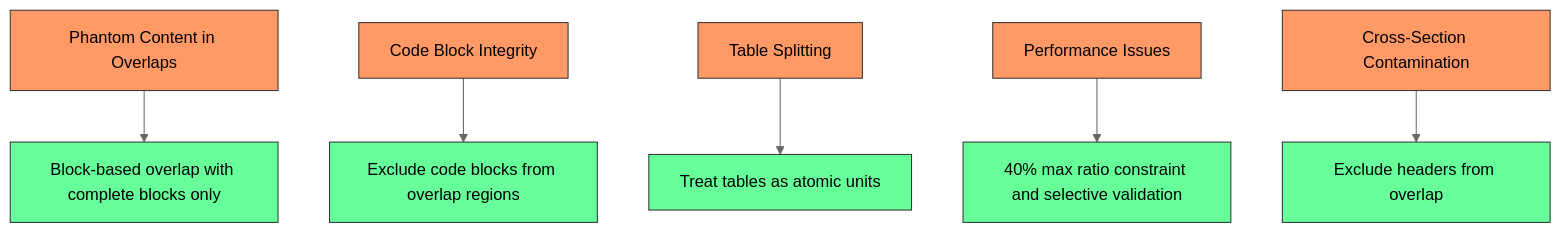
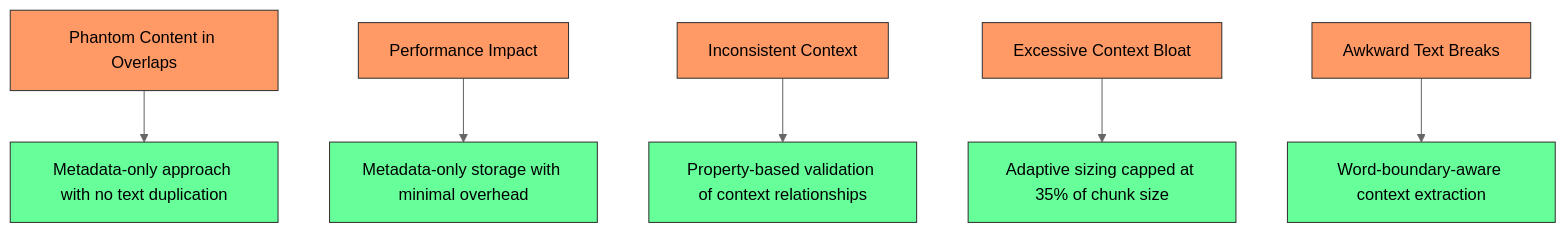
One commit to asukhodko/dify-markdown-chunker changed the fifth of 5 diagrams in .qoder/repowiki/en/content/Advanced Features/Overlap Management.md. Above: the diagram before and after it, drawn with Mermaid (neutral theme). The commit also changed other lines of this file and 5 other files, not shown here.

First line of the commit message:
feat(overlap): implement metadata-only adaptive overlap model

````diff
--- a/.qoder/repowiki/en/content/Advanced Features/Overlap Management.md
+++ b/.qoder/repowiki/en/content/Advanced Features/Overlap Management.md
@@ -265,18 +215,18 @@
 ```mermaid
 flowchart TD
-Issue1["Phantom Content in Overlaps"] --> Solution1["Block-based overlap with complete blocks only"]
-Issue2["Code Block Integrity"] --> Solution2["Exclude code blocks from overlap regions"]
-Issue3["Table Splitting"] --> Solution3["Treat tables as atomic units"]
-Issue4["Performance Issues"] --> Solution4["40% max ratio constraint and selective validation"]
-Issue5["Cross-Section Contamination"] --> Solution5["Exclude headers from overlap"]
+Issue1["Phantom Content in Overlaps"] --> Solution1["Metadata-only approach with no text duplication"]
+Issue2["Performance Impact"] --> Solution2["Metadata-only storage with minimal overhead"]
+Issue3["Inconsistent Context"] --> Solution3["Property-based validation of context relationships"]
+Issue4["Excessive Context Bloat"] --> Solution4["Adaptive sizing capped at 35% of chunk size"]
+Issue5["Awkward Text Breaks"] --> Solution5["Word-boundary-aware context extraction"]
 style Issue1 fill:#f96,stroke:#333
 style Issue2 fill:#f96,stroke:#333
 style Issue3 fill:#f96,stroke:#333
 style Issue4 fill:#f96,stroke:#333
 style Issue5 fill:#f96,stroke:#333
 style Solution1 fill:#6f9,stroke:#333
 style Solution2 fill:#6f9,stroke:#333
 style Solution3 fill:#6f9,stroke:#333
 style Solution4 fill:#6f9,stroke:#333
 style Solution5 fill:#6f9,stroke:#333
 ```
````
